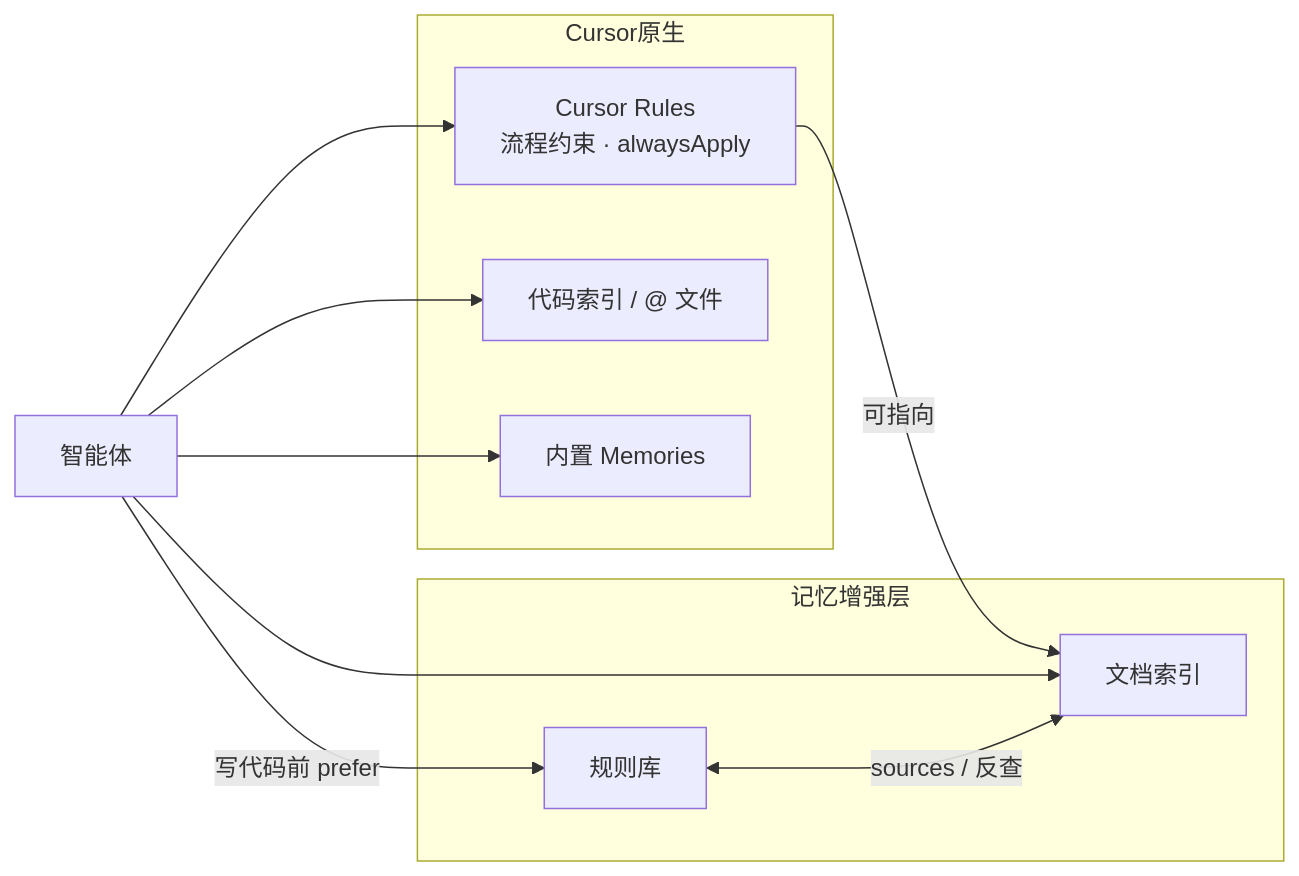
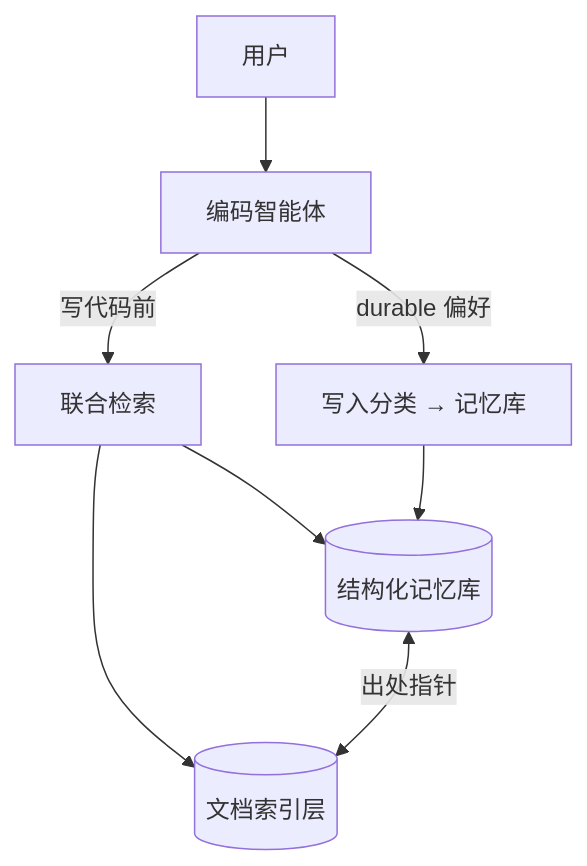
One commit to SteamedBread2333/imprint changed the diagram in docs/agent-memory-architecture.zh.md. Above: the diagram before and after it, drawn with Mermaid. The commit also changed other lines of this file and 2 other files, not shown here.

````diff
--- a/docs/agent-memory-architecture.zh.md
+++ b/docs/agent-memory-architecture.zh.md
@@ -95,21 +22,12 @@
 ```mermaid
-flowchart LR
-  subgraph Cursor原生
-    CR[Cursor Rules<br/>流程约束 · alwaysApply]
-    CI[代码索引 / @ 文件]
-    CM[内置 Memories]
-  end
+flowchart TB
+  U[用户] --> A[编码智能体]
 
-  subgraph 记忆增强层
-    V[规则库]
-    S[文档索引]
-  end
+  A -->|写代码前| R[联合检索]
+  A -->|durable 偏好| W[写入分类 → 记忆库]
 
-  CR -->|可指向| S
-  A[智能体] --> CR
-  A --> CI
-  A --> CM
-  A -->|写代码前 prefer| V
-  A --> S
-  V <-->|sources / 反查| S
+  R --> V[(结构化记忆库)]
+  R --> S[(文档索引层)]
+  W --> V
+  V <-->|出处指针| S
 ```
````
